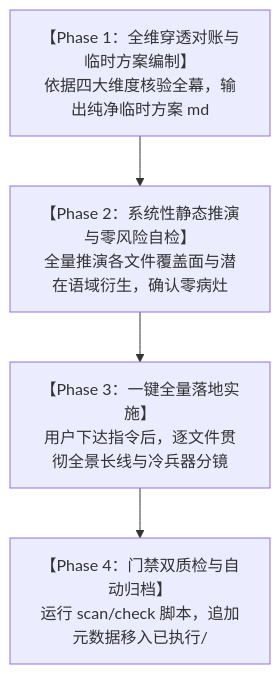
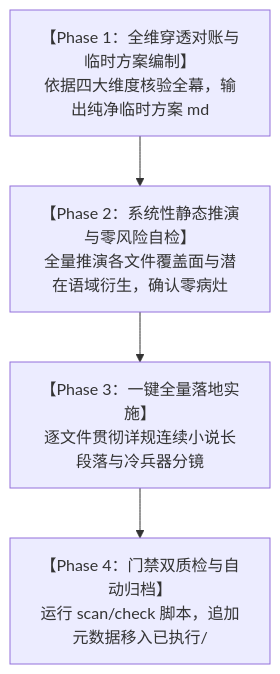
Before and after one commit to soranokiseki1437/eldoria-worldbook: the diagram in 方案/第二部/主线与世界扩充方案/分幕方案对账排查与文风重塑标准工作流.md, drawn with Mermaid. The commit also changed other lines of this file and 17 other files, not shown here.

````diff
--- a/方案/第二部/主线与世界扩充方案/分幕方案对账排查与文风重塑标准工作流.md
+++ b/方案/第二部/主线与世界扩充方案/分幕方案对账排查与文风重塑标准工作流.md
@@ -80,6 +98,6 @@
 ```mermaid
 flowchart TD
     P1["【Phase 1：全维穿透对账与临时方案编制】<br/>依据四大维度核验全幕，输出纯净临时方案 md"] --> P2["【Phase 2：系统性静态推演与零风险自检】<br/>全量推演各文件覆盖面与潜在语域衍生，确认零病灶"]
-    P2 --> P3["【Phase 3：一键全量落地实施】<br/>用户下达指令后，逐文件贯彻全景长线与冷兵器分镜"]
+    P2 --> P3["【Phase 3：一键全量落地实施】<br/>逐文件贯彻详规连续小说长段落与冷兵器分镜"]
     P3 --> P4["【Phase 4：门禁双质检与自动归档】<br/>运行 scan/check 脚本，追加元数据移入已执行/"]
 ```
````
